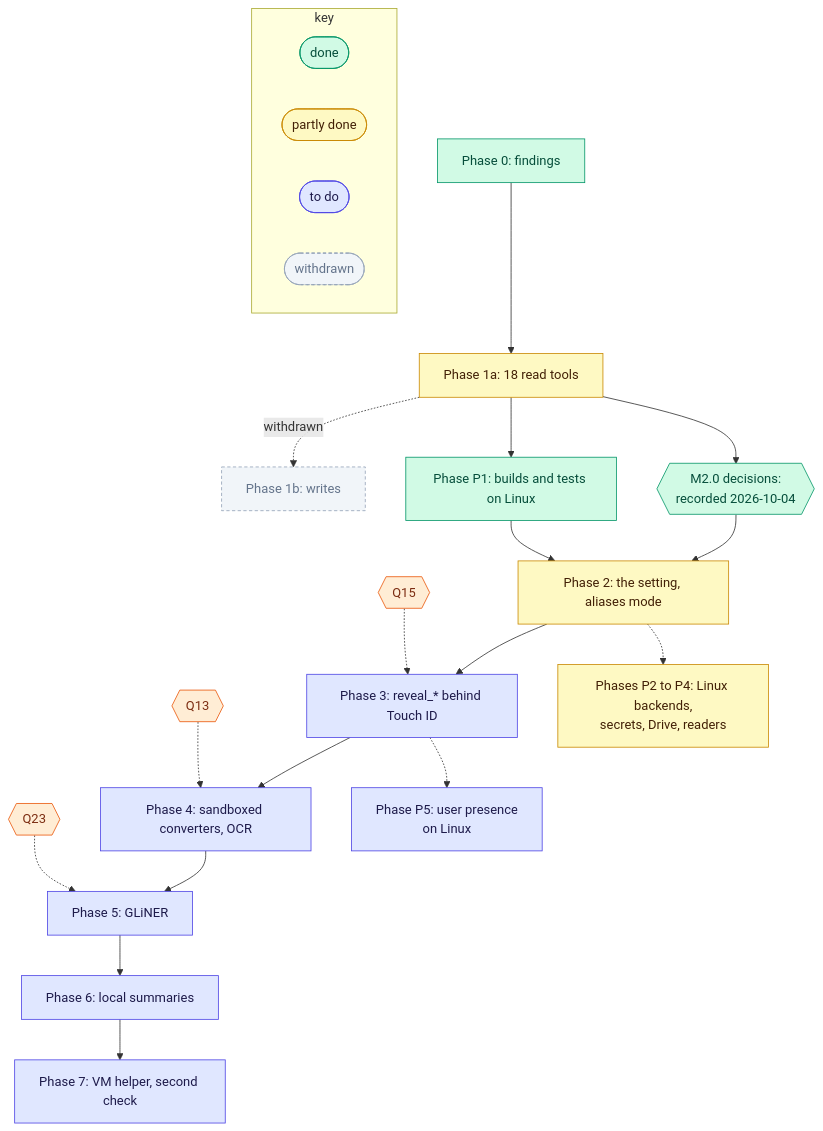
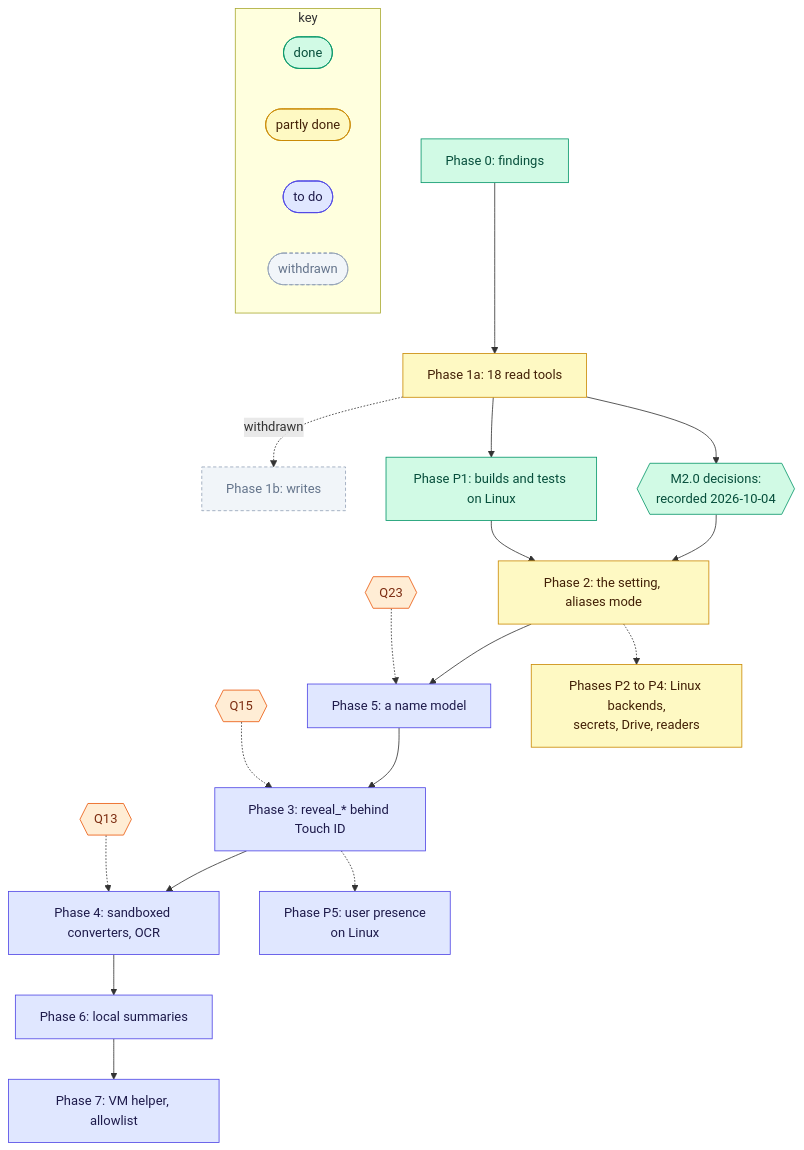
One commit to matt-w-horn/protonctl changed the diagram in docs/rfc-0001/09-rollout.md. Above: the diagram before and after it, drawn with Mermaid. The commit also changed other lines of this file and 13 other files, not shown here.

````diff
--- a/docs/rfc-0001/09-rollout.md
+++ b/docs/rfc-0001/09-rollout.md
@@ -7,37 +7,37 @@
 ```mermaid
 flowchart TB
     P0["Phase 0: findings"] --> P1a["Phase 1a: 18 read tools"]
     P1a -.->|withdrawn| P1b["Phase 1b: writes"]
     P1a --> D2{{"M2.0 decisions:<br/>recorded 2026-10-04"}}
     D2 --> P2["Phase 2: the setting, aliases mode"]
-    P2 --> P3["Phase 3: reveal_* behind Touch ID"]
+    P2 --> P5["Phase 5: a name model"]
+    P5 --> P3["Phase 3: reveal_* behind Touch ID"]
     P3 --> P4["Phase 4: sandboxed converters, OCR"]
-    P4 --> P5["Phase 5: GLiNER"]
-    P5 --> P6["Phase 6: local summaries"]
-    P6 --> P7["Phase 7: VM helper, second check"]
+    P4 --> P6["Phase 6: local summaries"]
+    P6 --> P7["Phase 7: VM helper, allowlist"]
     Q15{{"Q15"}} -.-> P3
     Q13{{"Q13"}} -.-> P4
     Q23{{"Q23"}} -.-> P5
     PP1["Phase P1: builds and tests on Linux"] --> P2
     P1a --> PP1
     P2 -.-> PP2["Phases P2 to P4: Linux backends,<br/>secrets, Drive, readers"]
     P3 -.-> PP5["Phase P5: user presence<br/>on Linux"]
     subgraph key["key"]
         direction LR
         L1(["done"])
         L2(["partly done"])
         L3(["to do"])
         L4(["withdrawn"])
     end
 
     classDef done fill:#D1FAE5,stroke:#059669,color:#064E3B
     classDef part fill:#FEF9C3,stroke:#CA8A04,color:#422006
     classDef todo fill:#E0E7FF,stroke:#4F46E5,color:#1E1B4B
     classDef gone fill:#F1F5F9,stroke:#94A3B8,color:#64748B,stroke-dasharray:4 3
     classDef q fill:#FFEDD5,stroke:#EA580C,color:#7C2D12
     class P0,PP1,D2,L1 done
     class P1a,P2,PP2,L2 part
     class P3,P4,P5,P6,P7,PP5,L3 todo
     class P1b,L4 gone
     class Q13,Q15,Q23 q
 ```
````
